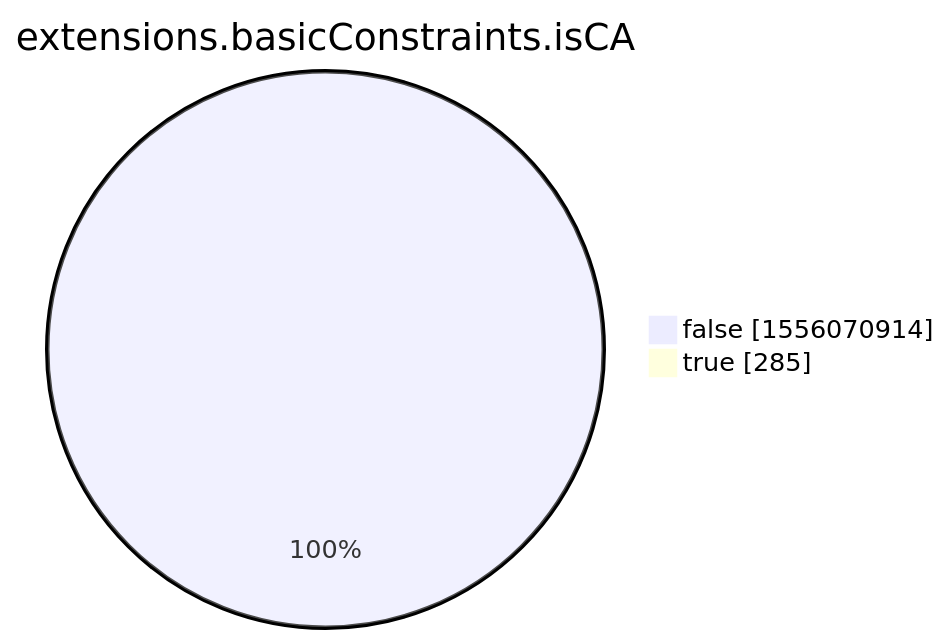
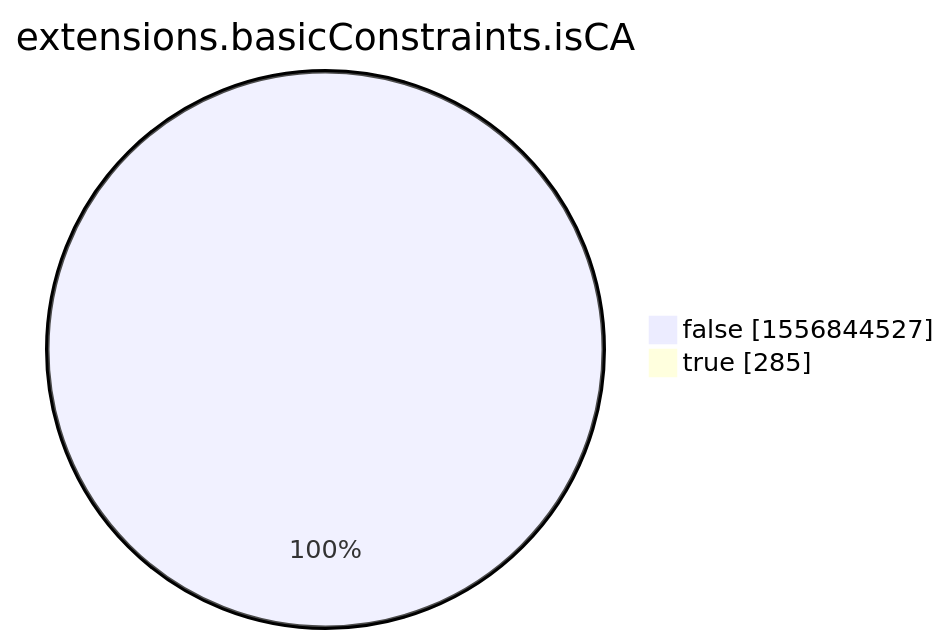
One commit to christiankrug/ctmonitor_visualization changed the eighth of 15 diagrams in xenon2022/README.md. Above: the diagram before and after it, drawn with Mermaid. The commit also changed other lines of this file, not shown here.

````diff
--- a/xenon2022/README.md
+++ b/xenon2022/README.md
@@ -2860,6 +2860,6 @@
 ```mermaid
 pie showData
 title extensions.basicConstraints.isCA
-"false" :1556070914
+"false" :1556844527
 "true" :285
 ```
````
